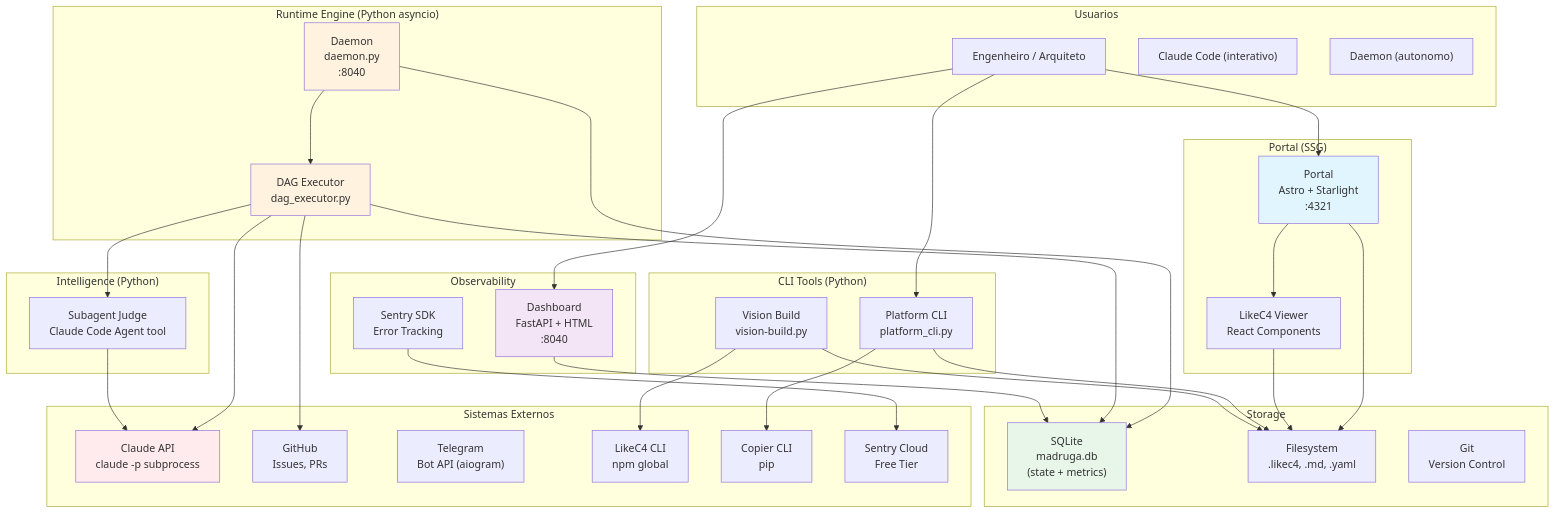
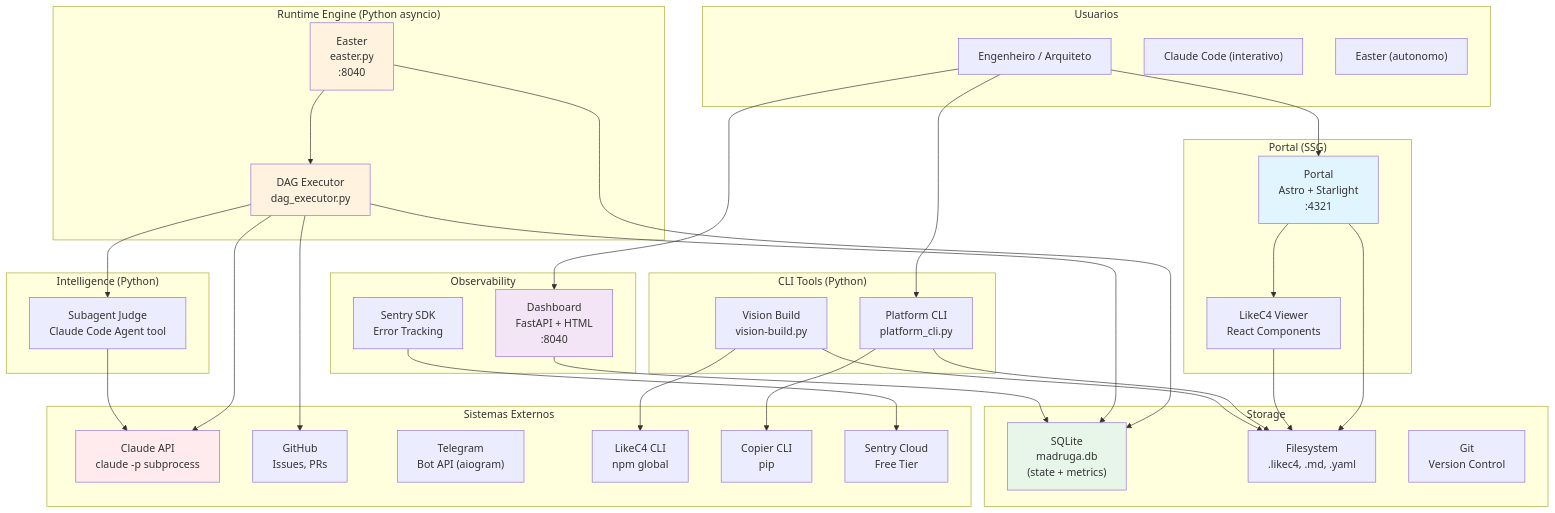
The diagram in platforms/madruga-ai/engineering/containers.md (paceautomations/madruga.ai), drawn with Mermaid before and after one commit. The commit also changed other lines of this file and 122 other files, not shown here.

First line of the commit message:
feat: epic 021 — pipeline intelligence artifacts, daemon→easter rename, audit PNG cleanup

````diff
--- a/platforms/madruga-ai/engineering/containers.md
+++ b/platforms/madruga-ai/engineering/containers.md
@@ -11,80 +11,80 @@
 ```mermaid
 graph TB
     subgraph users["Usuarios"]
         dev["Engenheiro / Arquiteto"]
         claude["Claude Code (interativo)"]
-        daemon_user["Daemon (autonomo)"]
+        easter_user["Easter (autonomo)"]
     end
 
     subgraph portal_group["Portal (SSG)"]
         portal["Portal<br/>Astro + Starlight<br/>:4321"]
         likec4_viewer["LikeC4 Viewer<br/>React Components"]
     end
 
     subgraph cli_tools["CLI Tools (Python)"]
         platform_cli["Platform CLI<br/>platform_cli.py"]
         vision_build["Vision Build<br/>vision-build.py"]
     end
 
     subgraph runtime["Runtime Engine (Python asyncio)"]
-        daemon["Daemon<br/>daemon.py<br/>:8040"]
+        easter["Easter<br/>easter.py<br/>:8040"]
         dag_executor["DAG Executor<br/>dag_executor.py"]
     end
 
     subgraph intelligence["Intelligence (Python)"]
         judge["Subagent Judge<br/>Claude Code Agent tool"]
     end
 
     subgraph observability["Observability"]
         dashboard["Dashboard<br/>FastAPI + HTML<br/>:8040"]
         sentry_sdk["Sentry SDK<br/>Error Tracking"]
     end
 
     subgraph storage["Storage"]
         sqlite["SQLite<br/>madruga.db<br/>(state + metrics)"]
         filesystem["Filesystem<br/>.likec4, .md, .yaml"]
         git["Git<br/>Version Control"]
     end
 
     subgraph external["Sistemas Externos"]
         claude_api["Claude API<br/>claude -p subprocess"]
         github["GitHub<br/>Issues, PRs"]
         telegram["Telegram<br/>Bot API (aiogram)"]
         likec4_cli["LikeC4 CLI<br/>npm global"]
         copier_cli["Copier CLI<br/>pip"]
         sentry_cloud["Sentry Cloud<br/>Free Tier"]
     end
 
     dev --> portal
     dev --> platform_cli
     dev --> dashboard
 
     portal --> filesystem
     portal --> likec4_viewer
     likec4_viewer --> filesystem
 
     platform_cli --> copier_cli
     platform_cli --> filesystem
     vision_build --> likec4_cli
     vision_build --> filesystem
 
-    daemon --> dag_executor
+    easter --> dag_executor
     dag_executor --> claude_api
     dag_executor --> judge
 
     judge --> claude_api
 
-    daemon --> sqlite
+    easter --> sqlite
     dag_executor --> sqlite
     dashboard --> sqlite
     sentry_sdk --> sentry_cloud
 
     dag_executor --> github
 
     style portal fill:#E1F5FE
-    style daemon fill:#FFF3E0
+    style easter fill:#FFF3E0
     style dashboard fill:#F3E5F5
     style sqlite fill:#E8F5E9
     style claude_api fill:#FFEBEE
     style dag_executor fill:#FFF3E0
 ```
````
